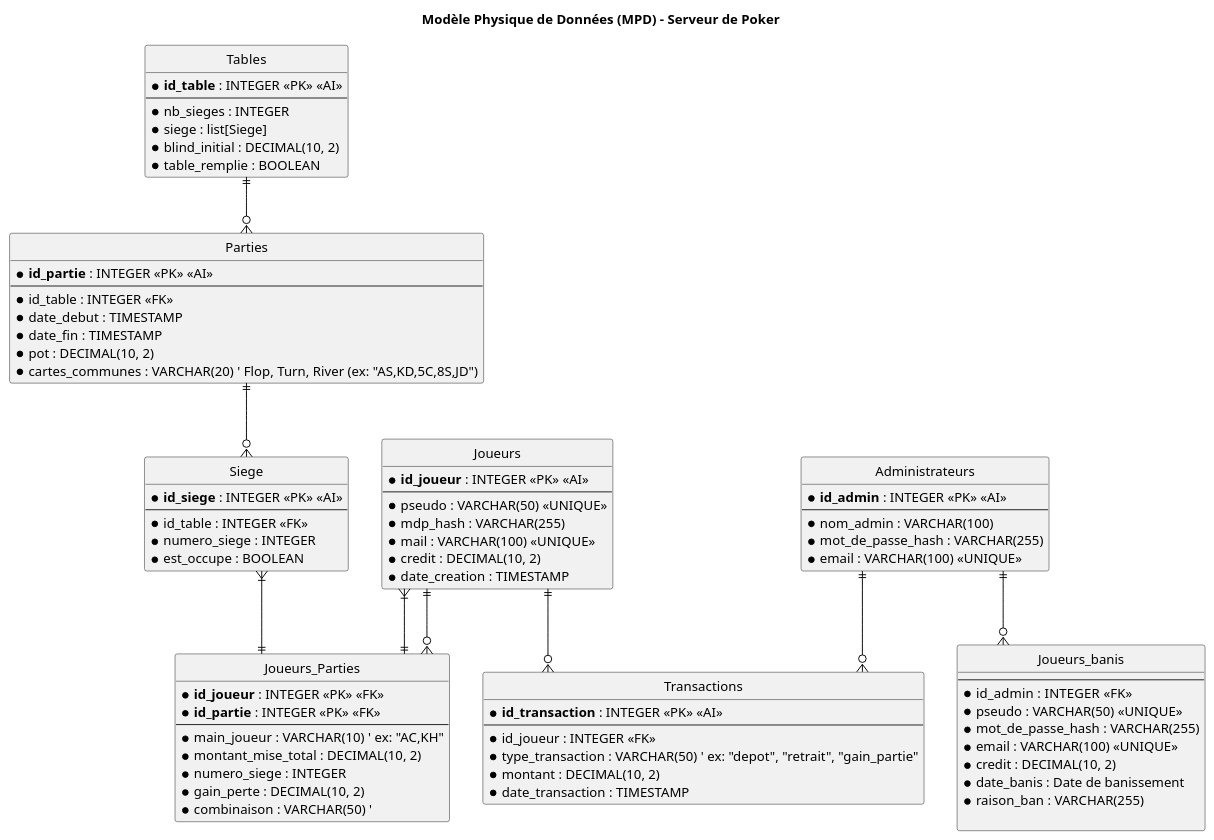
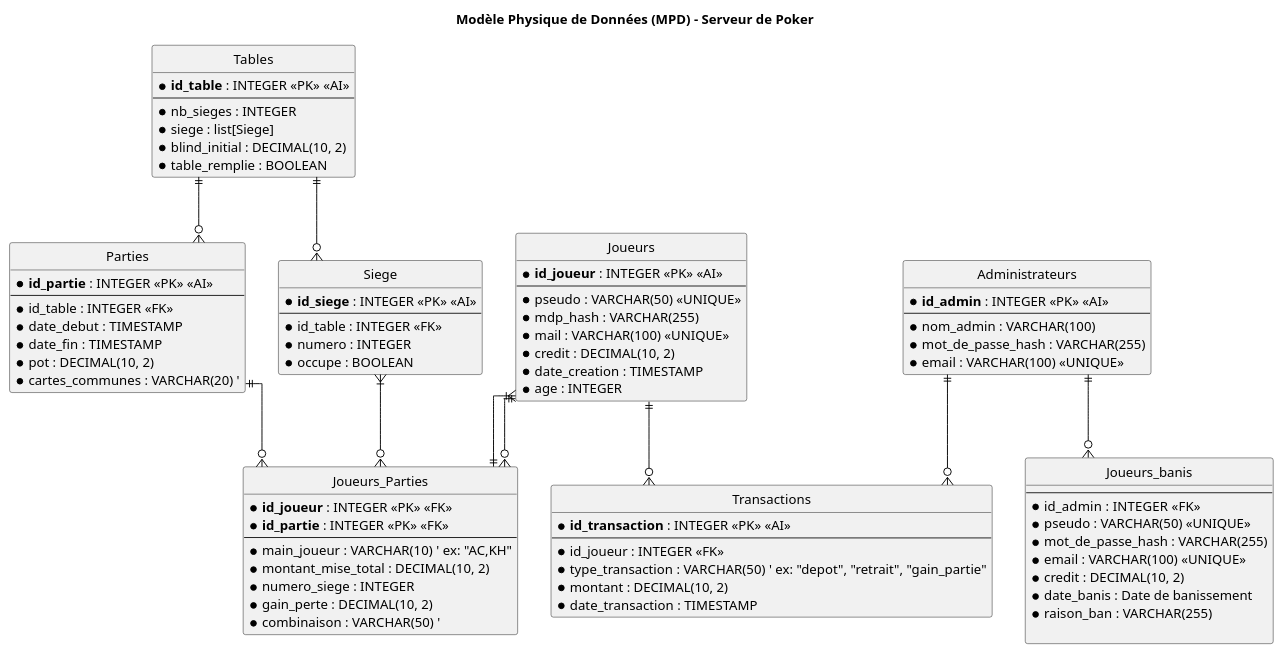
One commit to tomdtd/ENSAI-2A-projet-info-Albane-Tom-Neville-Floraline changed the diagram in doc/MPD.puml. Above: the diagram before and after it, drawn with PlantUML. The commit also changed 4 other files, not shown here.

```diff
--- a/doc/MPD.puml
+++ b/doc/MPD.puml
@@ -1,126 +1,128 @@
 @startuml
 ' Titre du diagramme
 title Modèle Physique de Données (MPD) - Serveur de Poker
 
 ' --- Paramètres d'affichage ---
 hide circle
 skinparam linetype ortho
 skinparam table {
   BackgroundColor White
   BorderColor Black
 }
 skinparam arrow {
   Color Black
 }
 
 ' --- Définition des Tables ---
 
 ' Table pour les utilisateurs (Joueurs )
 entity "Joueurs" as T_JOUEURS {
   * **id_joueur** : INTEGER <<PK>> <<AI>>
   --
   * pseudo : VARCHAR(50) <<UNIQUE>>
   * mdp_hash : VARCHAR(255)
   * mail : VARCHAR(100) <<UNIQUE>>
   * credit : DECIMAL(10, 2)
   * date_creation : TIMESTAMP
+  * age : INTEGER
 }
 
 ' Table pour les tables de jeu physiques
 entity "Tables" as T_TABLES {
   * **id_table** : INTEGER <<PK>> <<AI>>
   --
   * nb_sieges : INTEGER
   * siege : list[Siege]
   * blind_initial : DECIMAL(10, 2)
   * table_remplie : BOOLEAN
 }
 
 ' Table pour les parties qui ont lieu sur les tables
 entity "Parties" as T_PARTIES {
   * **id_partie** : INTEGER <<PK>> <<AI>>
   --
   * id_table : INTEGER <<FK>>
   * date_debut : TIMESTAMP
   * date_fin : TIMESTAMP
   * pot : DECIMAL(10, 2)
-  * cartes_communes : VARCHAR(20) ' Flop, Turn, River (ex: "AS,KD,5C,8S,JD")
+  * cartes_communes : VARCHAR(20) '
 }
 
 'Tables pour les sièges des joueurs
 entity "Siege" as T_SIEGE {
   * **id_siege** : INTEGER <<PK>> <<AI>>
   --
   * id_table : INTEGER <<FK>>
-  * numero_siege : INTEGER
-  * est_occupe : BOOLEAN
+  * numero : INTEGER
+  * occupe : BOOLEAN
 }
 
 ' Table de jonction pour la relation N-M entre Joueurs et Parties
 entity "Joueurs_Parties" as T_JOUEURS_PARTIES {
   * **id_joueur** : INTEGER <<PK>> <<FK>>
   * **id_partie** : INTEGER <<PK>> <<FK>>
   --
   * main_joueur : VARCHAR(10) ' ex: "AC,KH"
   * montant_mise_total : DECIMAL(10, 2)
   * numero_siege : INTEGER
   * gain_perte : DECIMAL(10, 2)
   * combinaison : VARCHAR(50) ' 
 }
 
 ' Table pour l'historique des transactions financières
 entity "Transactions" as T_TRANSACTIONS {
   * **id_transaction** : INTEGER <<PK>> <<AI>>
   --
   * id_joueur : INTEGER <<FK>>
   * type_transaction : VARCHAR(50) ' ex: "depot", "retrait", "gain_partie"
   * montant : DECIMAL(10, 2)
   * date_transaction : TIMESTAMP
 }
 ' Table des administrateurs 
 entity "Administrateurs" as T_ADMINISTRATEURS {
   * **id_admin** : INTEGER <<PK>> <<AI>>
   --
   * nom_admin : VARCHAR(100)
   * mot_de_passe_hash : VARCHAR(255)
   * email : VARCHAR(100) <<UNIQUE>>
 }
 ' Table pour les utilisateurs banis (Joueurs )
 
 entity "Joueurs_banis" as T_JOUEURS_B {
   --
   * id_admin : INTEGER  <<FK>>
   * pseudo : VARCHAR(50) <<UNIQUE>>
   * mot_de_passe_hash : VARCHAR(255)
   * email : VARCHAR(100) <<UNIQUE>>
   * credit : DECIMAL(10, 2)
   * date_banis : Date de banissement
   * raison_ban : VARCHAR(255)
 
 }
 
 ' --- Définition des Relations ---
 ' Admins et joueurs banis
 T_ADMINISTRATEURS ||--o{ T_JOUEURS_B
 ' Un joueur peut avoir plusieurs transactions
 T_JOUEURS ||--o{ T_TRANSACTIONS
 
 'Admin et Transactions 
 T_ADMINISTRATEURS ||--o{ T_TRANSACTIONS
 
 'Une table de jeu peut accueillir plusieurs parties (dans le temps)
 T_TABLES ||--o{ T_PARTIES
 
 ' Relation N-M entre Joueurs et Parties, via la table de jonction
 T_JOUEURS }|--|| T_JOUEURS_PARTIES
 
 ' Relation entre parties et sièges
-T_PARTIES ||--o{ T_SIEGE
+T_TABLES ||--o{ T_SIEGE
 
-'Relation entre joueurs et sièges (via Joueurs_Parties)
+'Relation entre joueurs et Joueurs_Parties
 T_JOUEURS ||--o{ T_JOUEURS_PARTIES
 
 'Relation entre joueur et sièges (via Joueurs_Parties)
-T_SIEGE }|--|| T_JOUEURS_PARTIES
-
+T_SIEGE }|--o{ T_JOUEURS_PARTIES
+' Relation entre parties et joueurs_parties
+T_PARTIES ||--o{ T_JOUEURS_PARTIES
 @enduml
```
